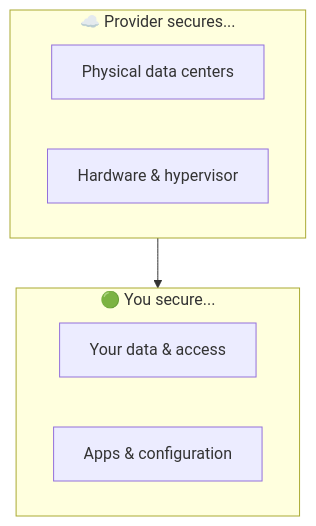
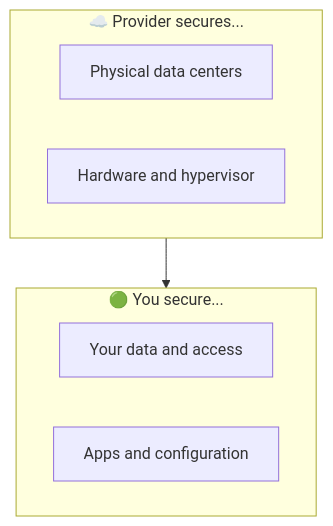
One commit to Prabakaran-MS/crashCourse changed the first of 2 diagrams in Learning/Cloud-Computing/07-Security/cloud-security.md. Above: the diagram before and after it, drawn with Mermaid. The commit also changed other lines of this file and 84 other files, not shown here.

````diff
--- a/Learning/Cloud-Computing/07-Security/cloud-security.md
+++ b/Learning/Cloud-Computing/07-Security/cloud-security.md
@@ -20,12 +20,12 @@
 ```mermaid
 flowchart TB
     subgraph Provider["☁️ Provider secures..."]
         P1["Physical data centers"]
-        P2["Hardware & hypervisor"]
+        P2["Hardware and hypervisor"]
     end
     subgraph You["🟢 You secure..."]
-        Y1["Your data & access"]
-        Y2["Apps & configuration"]
+        Y1["Your data and access"]
+        Y2["Apps and configuration"]
     end
     Provider --> You
 ```
````
